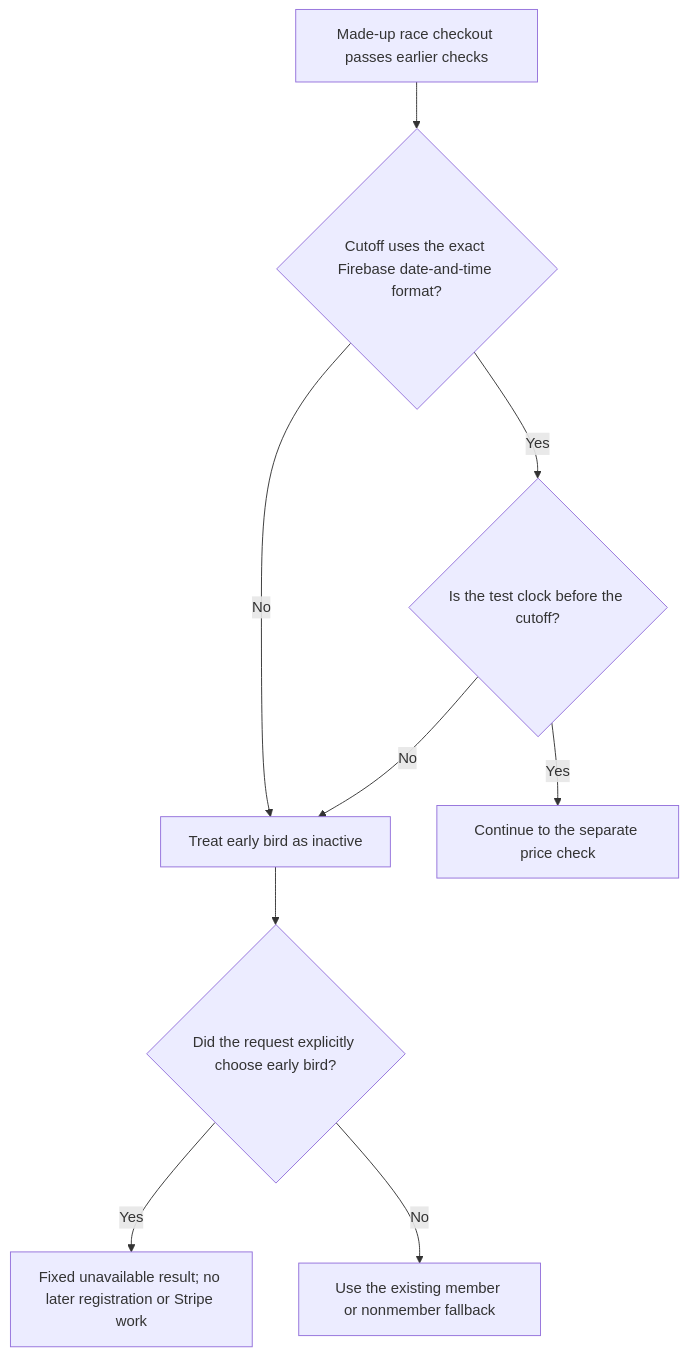
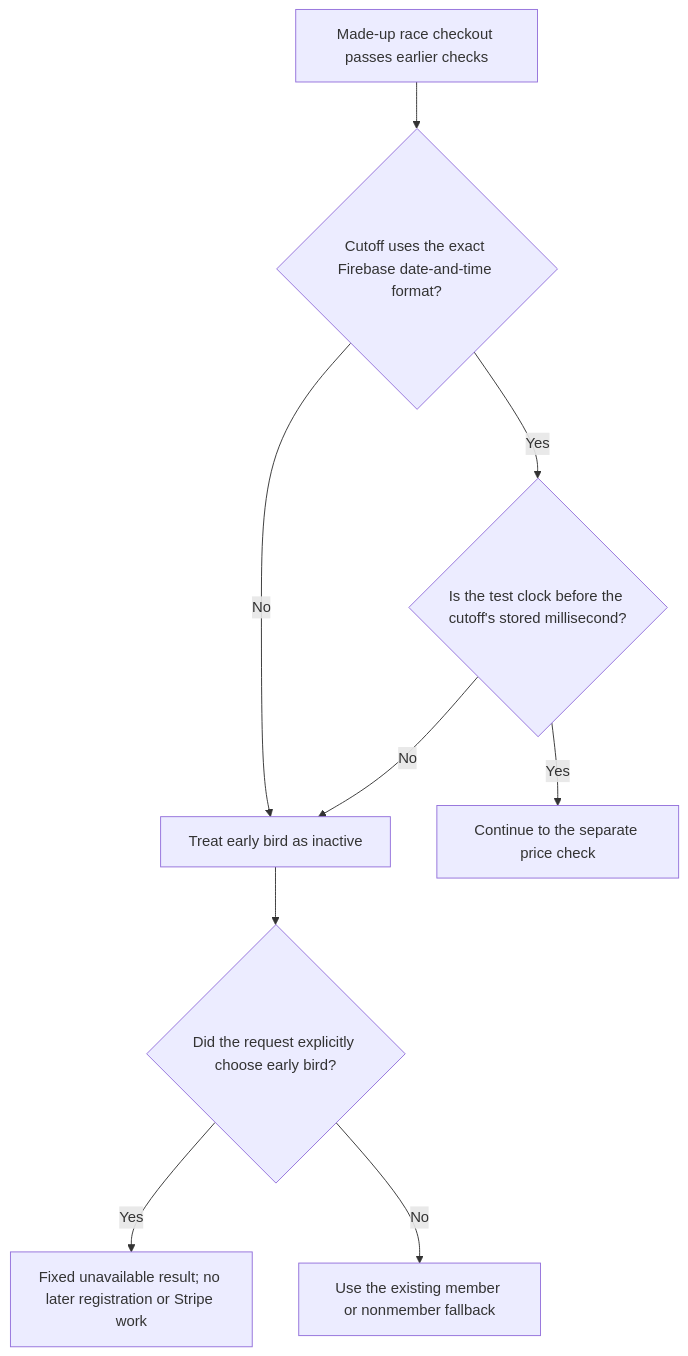
Before and after one commit to Run-MPRC/Run-MPRC.github.io: the sixth of 30 diagrams in docs/officers/EVENTS_SHOP_MEMBERS.md, drawn with Mermaid. The commit also changed other lines of this file, not shown here.

Commit message:
DOC-341A: state cutoff millisecond precision (#347) (#348)

````diff
--- a/docs/officers/EVENTS_SHOP_MEMBERS.md
+++ b/docs/officers/EVENTS_SHOP_MEMBERS.md
@@ -290,11 +290,11 @@
 ```mermaid
 flowchart TD
     A["Made-up race checkout passes earlier checks"] --> B{"Cutoff uses the exact Firebase date-and-time format?"}
     B -- "No" --> C["Treat early bird as inactive"]
-    B -- "Yes" --> D{"Is the test clock before the cutoff?"}
+    B -- "Yes" --> D{"Is the test clock before the cutoff's stored millisecond?"}
     D -- "No" --> C
     D -- "Yes" --> E["Continue to the separate price check"]
     C --> F{"Did the request explicitly choose early bird?"}
     F -- "Yes" --> G["Fixed unavailable result; no later registration or Stripe work"]
     F -- "No" --> H["Use the existing member or nonmember fallback"]
 ```
````
